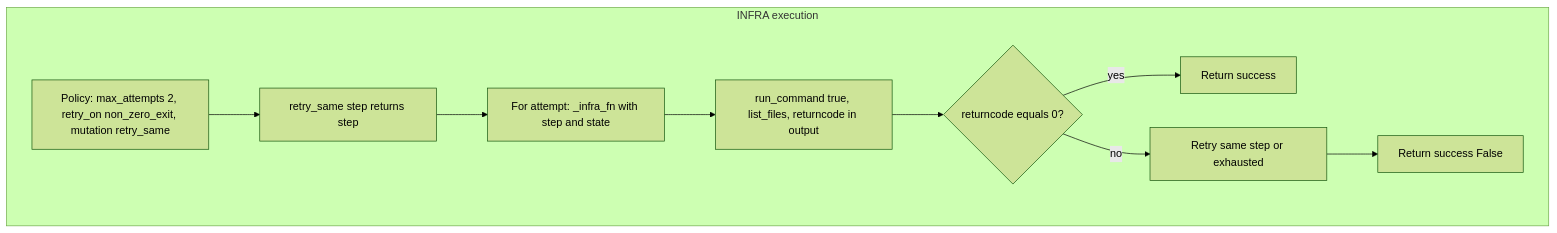
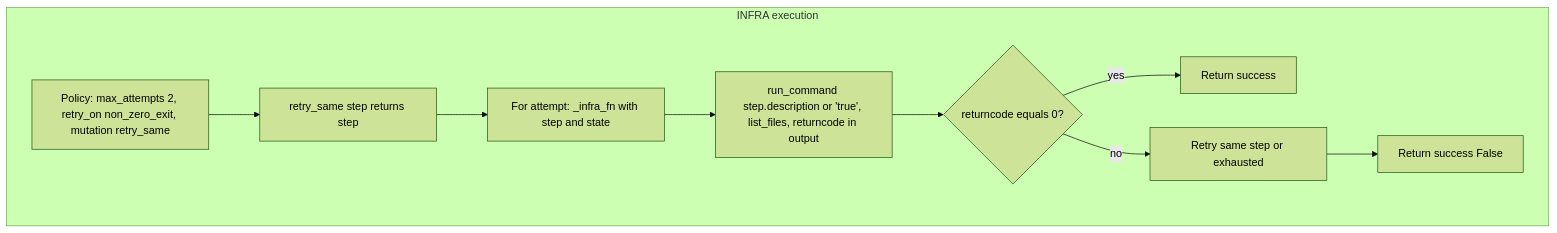
Before and after one commit to Pugsy-Explores/AutoStudio: the sixth of 10 diagrams in Docs/AGENT_LOOP_WORKFLOW.md, drawn with Mermaid (forest theme). The commit also changed other lines of this file and 84 other files, not shown here.

First line of the commit message:
feat: Phase 10–12 roadmap — intelligence, workflow, roles, localization

````diff
--- a/Docs/AGENT_LOOP_WORKFLOW.md
+++ b/Docs/AGENT_LOOP_WORKFLOW.md
@@ -291,13 +292,13 @@
 ```mermaid
 flowchart TB
     subgraph INFRA["INFRA execution"]
         I1["Policy: max_attempts 2, retry_on non_zero_exit, mutation retry_same"]
         I1 --> I2["retry_same step returns step"]
         I2 --> I3["For attempt: _infra_fn with step and state"]
-        I3 --> I4["run_command true, list_files, returncode in output"]
+        I3 --> I4["run_command step.description or 'true', list_files, returncode in output"]
         I4 --> I5{"returncode equals 0?"}
         I5 -->|yes| I6["Return success"]
         I5 -->|no| I7["Retry same step or exhausted"]
         I7 --> I8["Return success False"]
     end
 ```
````
